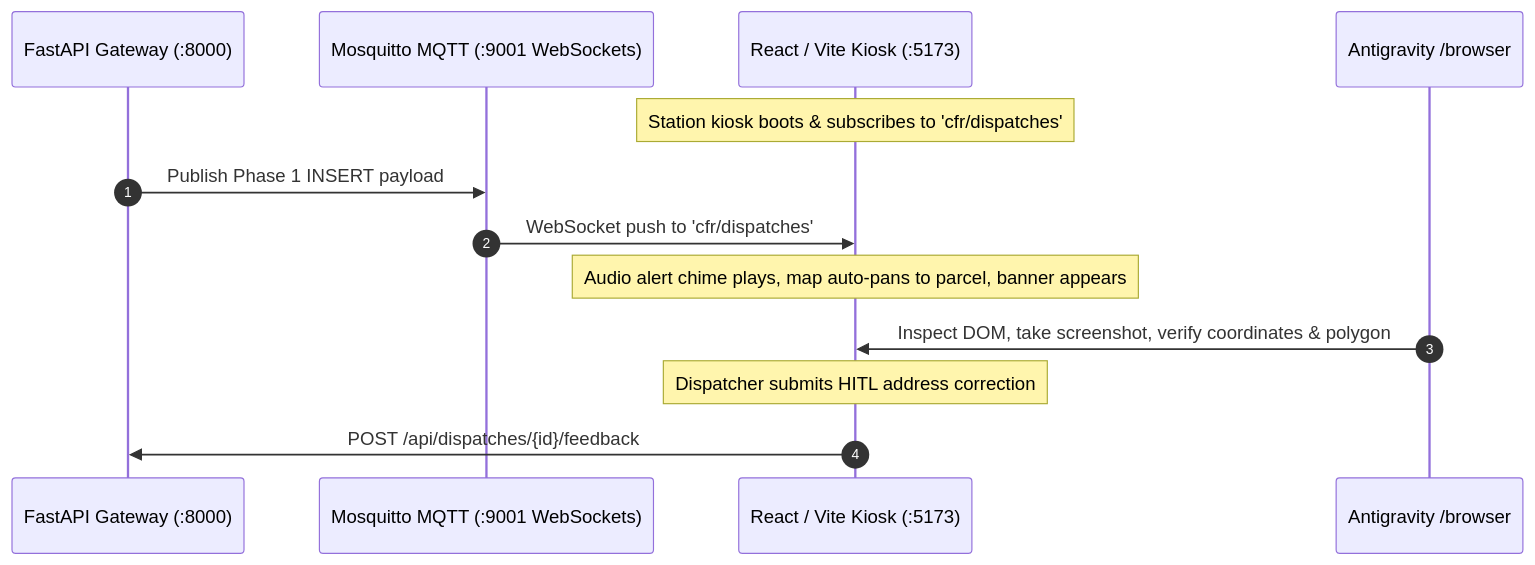
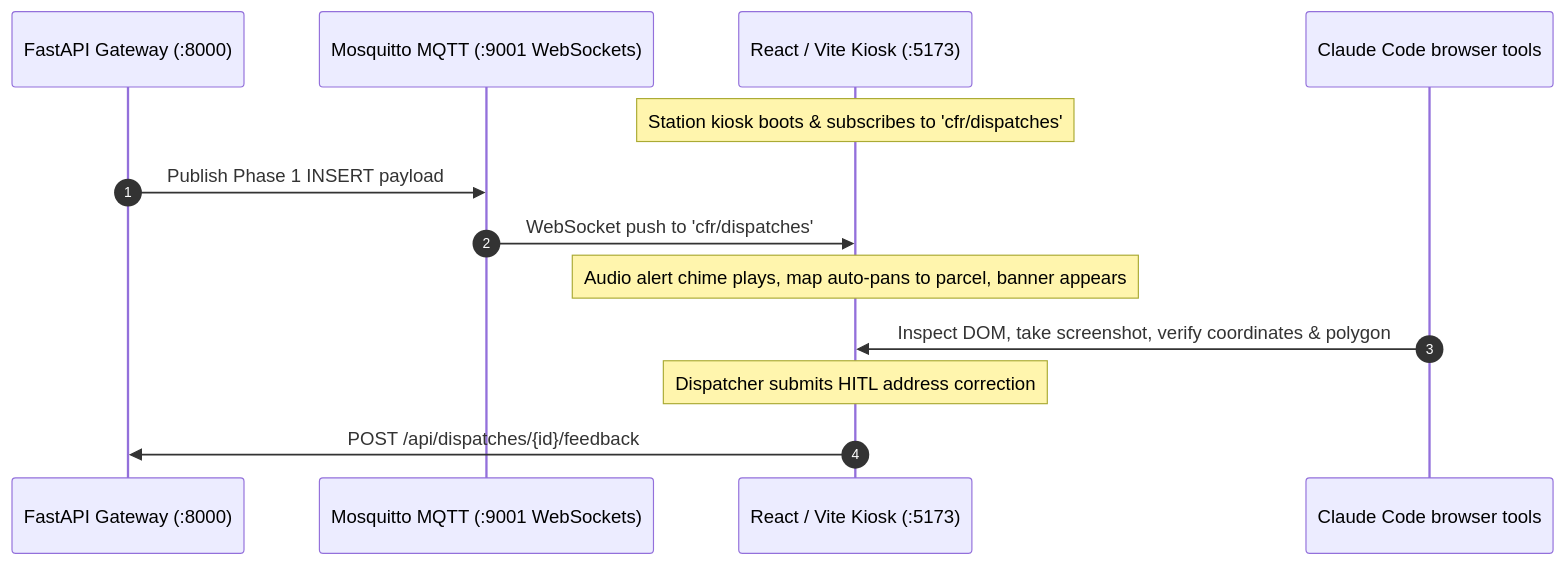
Before and after one commit to cwoodworth89/CFR-EVO-APP: the diagram in .claude/skills/kiosk-ui-audit/SKILL.md, drawn with Mermaid. The commit also changed 46 other files, not shown here.

````diff
--- a/.claude/skills/kiosk-ui-audit/SKILL.md
+++ b/.claude/skills/kiosk-ui-audit/SKILL.md
@@ -14,16 +14,16 @@
 ```mermaid
 sequenceDiagram
     autonumber
     participant Backend as FastAPI Gateway (:8000)
     participant MQTT as Mosquitto MQTT (:9001 WebSockets)
     participant Frontend as React / Vite Kiosk (:5173)
-    participant Agent as Antigravity /browser
+    participant Agent as Claude Code browser tools
 
     Note over Frontend: Station kiosk boots & subscribes to 'cfr/dispatches'
     Backend->>MQTT: Publish Phase 1 INSERT payload
     MQTT->>Frontend: WebSocket push to 'cfr/dispatches'
     Note over Frontend: Audio alert chime plays, map auto-pans to parcel, banner appears
     Agent->>Frontend: Inspect DOM, take screenshot, verify coordinates & polygon
     Note over Frontend: Dispatcher submits HITL address correction
     Frontend->>Backend: POST /api/dispatches/{id}/feedback
 ```
````
